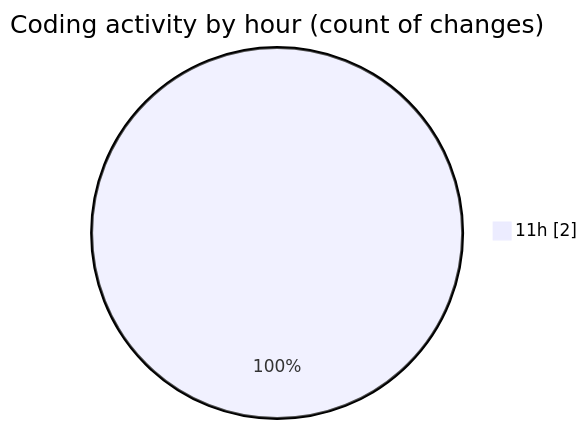
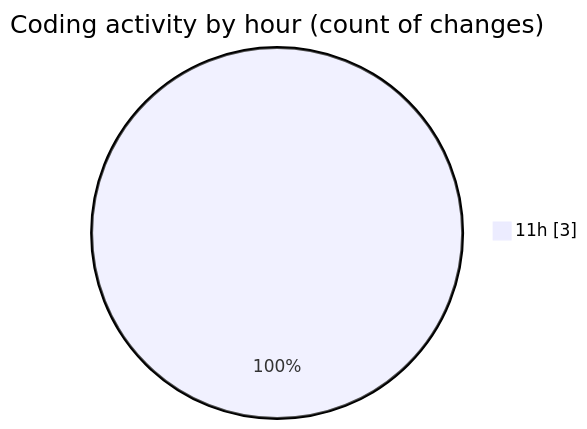
One commit to charlie-sans/code-tracking changed the second of 2 diagrams in 2025-04-30/masm-lsp/README.md. Above: the diagram before and after it, drawn with Mermaid. The commit also changed other lines of this file and 1 other file, not shown here.

````diff
--- a/2025-04-30/masm-lsp/README.md
+++ b/2025-04-30/masm-lsp/README.md
@@ -28,5 +30,5 @@
 ```mermaid
 pie showData
 title Coding activity by hour (count of changes)
-"11h" : 2
+"11h" : 3
 ```
````
